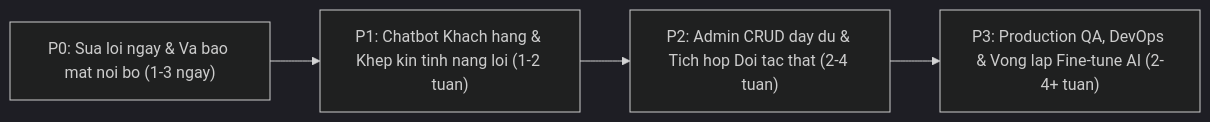
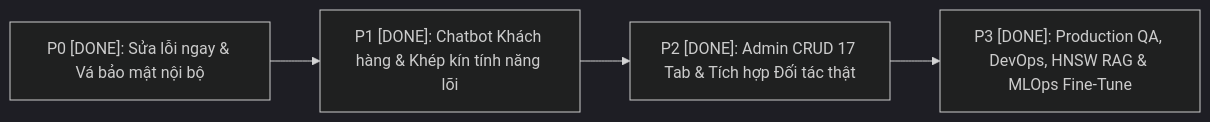
One commit to lebao01121-lang/TryVibe changed the third of 3 diagrams in lotrinh.md. Above: the diagram before and after it, drawn with Mermaid (dark theme). The commit also changed other lines of this file and 486 other files, not shown here.

````diff
--- a/lotrinh.md
+++ b/lotrinh.md
@@ -522,6 +526,6 @@
 ```mermaid
 flowchart LR
-    P0["P0: Sua loi ngay & Va bao mat noi bo (1-3 ngay)"] --> P1["P1: Chatbot Khach hang & Khep kin tinh nang loi (1-2 tuan)"]
-    P1 --> P2["P2: Admin CRUD day du & Tich hop Doi tac that (2-4 tuan)"]
-    P2 --> P3["P3: Production QA, DevOps & Vong lap Fine-tune AI (2-4+ tuan)"]
+    P0["P0 [DONE]: Sửa lỗi ngay & Vá bảo mật nội bộ"] --> P1["P1 [DONE]: Chatbot Khách hàng & Khép kín tính năng lõi"]
+    P1 --> P2["P2 [DONE]: Admin CRUD 17 Tab & Tích hợp Đối tác thật"]
+    P2 --> P3["P3 [DONE]: Production QA, DevOps, HNSW RAG & MLOps Fine-Tune"]
 ```
````
